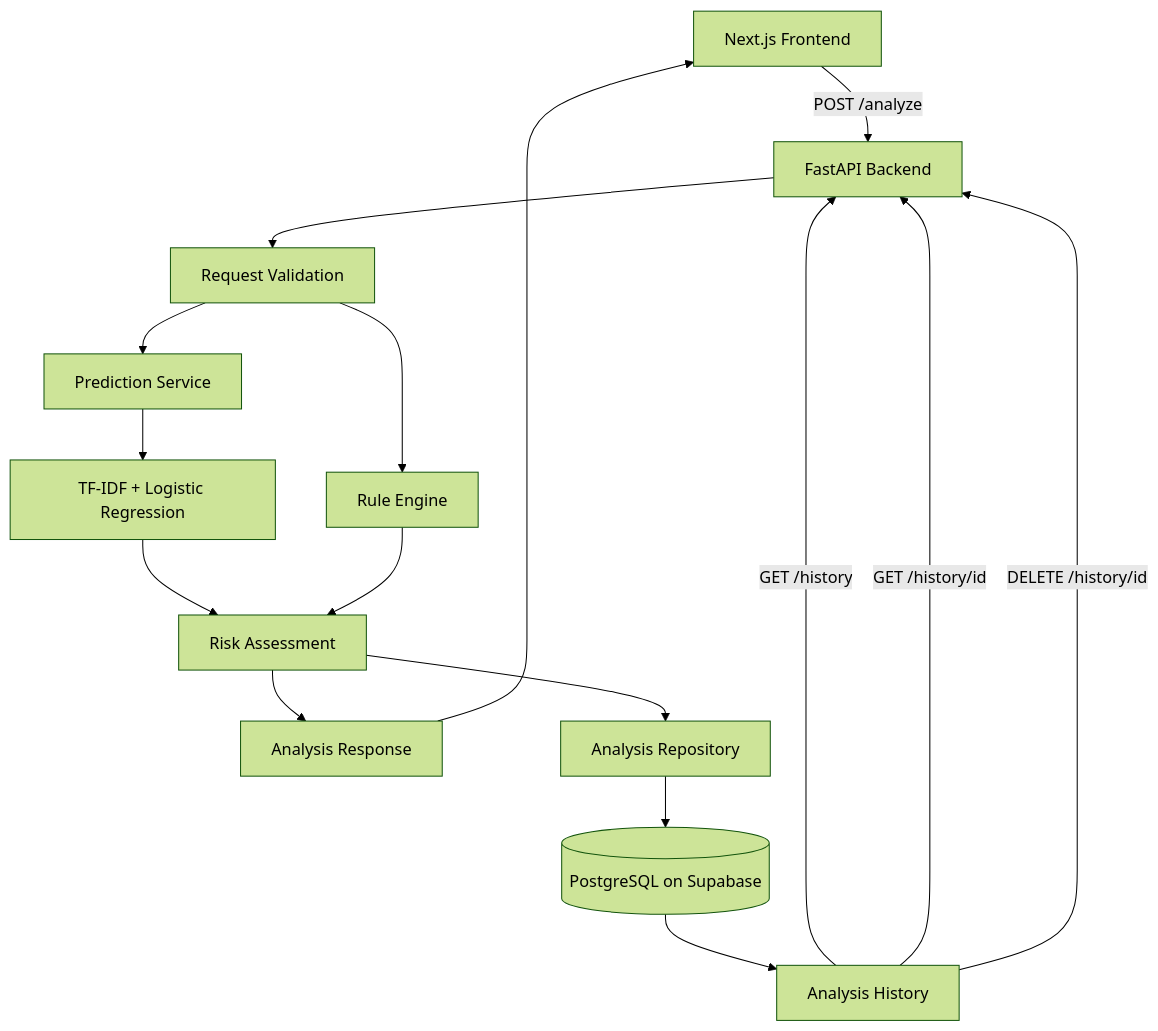
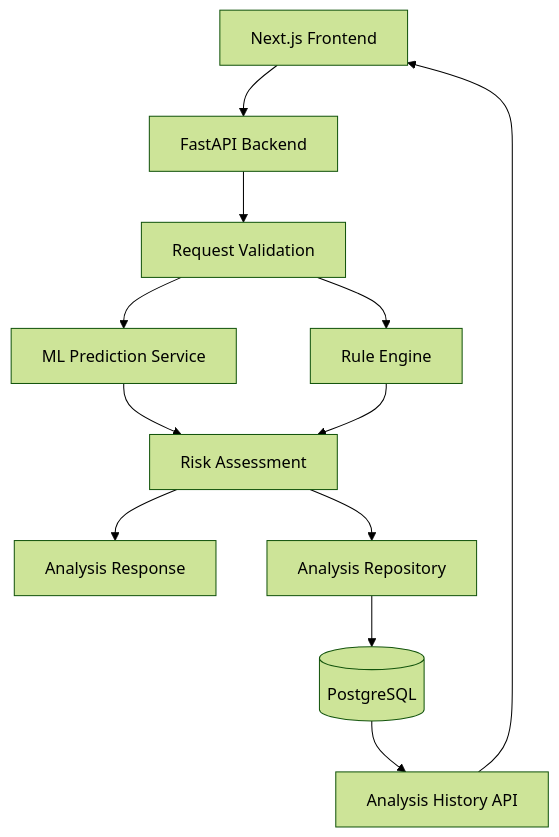
The diagram in README.md (WalterOnchieku/ScamShield-backend), drawn with Mermaid (forest theme) before and after one commit. The commit also changed other lines of this file and 1 other file, not shown here.

````diff
--- a/README.md
+++ b/README.md
@@ -132,18 +49,14 @@
 ```mermaid
 flowchart TD
-    A[Next.js Frontend] -->|POST /analyze| B[FastAPI Backend]
+    A[Next.js Frontend] --> B[FastAPI Backend]
     B --> C[Request Validation]
-    C --> D[Prediction Service]
-    D --> E[TF-IDF + Logistic Regression]
-    C --> F[Rule Engine]
-    E --> G[Risk Assessment]
-    F --> G
-    G --> H[Analysis Response]
-    G --> I[Analysis Repository]
-    I --> J[(PostgreSQL on Supabase)]
-    J --> K[Analysis History]
-    K -->|GET /history| B
-    K -->|GET /history/id| B
-    K -->|DELETE /history/id| B
-    H --> A
+    C --> D[ML Prediction Service]
+    C --> E[Rule Engine]
+    D --> F[Risk Assessment]
+    E --> F
+    F --> G[Analysis Response]
+    F --> H[Analysis Repository]
+    H --> I[(PostgreSQL)]
+    I --> J[Analysis History API]
+    J --> A
 ```
````
